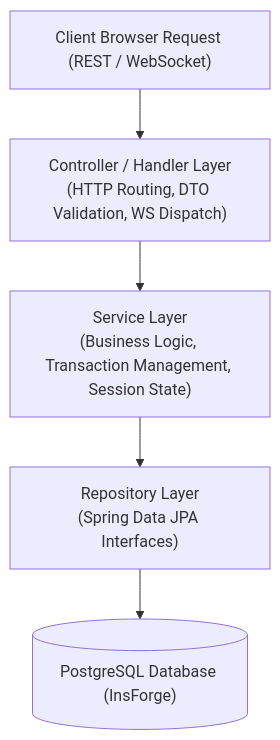
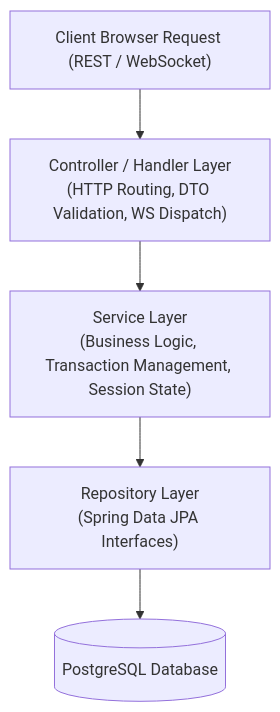
One commit to Mohitkumar7295/Real-Time-Communication-App changed the second of 11 diagrams in docs/ARCHITECTURE.md. Above: the diagram before and after it, drawn with Mermaid. The commit also changed other lines of this file and 6 other files, not shown here.

Commit message:
refactor: remove all InsForge dependencies, configurations, and references

````diff
--- a/docs/ARCHITECTURE.md
+++ b/docs/ARCHITECTURE.md
@@ -60,7 +60,7 @@
 ```mermaid
 graph TD
     Client["Client Browser Request (REST / WebSocket)"] --> ControllerLayer["Controller / Handler Layer<br/>(HTTP Routing, DTO Validation, WS Dispatch)"]
     ControllerLayer --> ServiceLayer["Service Layer<br/>(Business Logic, Transaction Management, Session State)"]
     ServiceLayer --> RepositoryLayer["Repository Layer<br/>(Spring Data JPA Interfaces)"]
-    RepositoryLayer --> Database[("PostgreSQL Database (InsForge)")]
+    RepositoryLayer --> Database[("PostgreSQL Database")]
 ```
````
